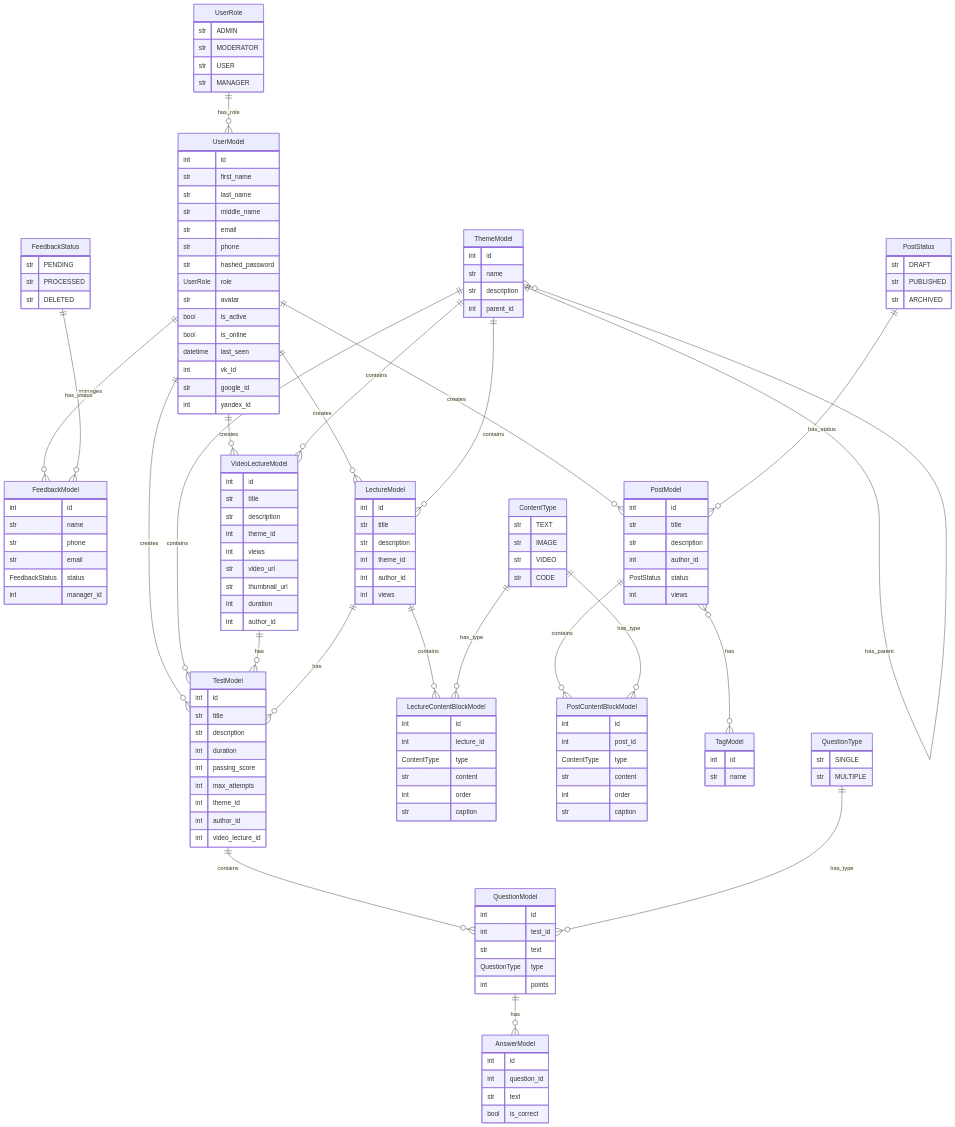
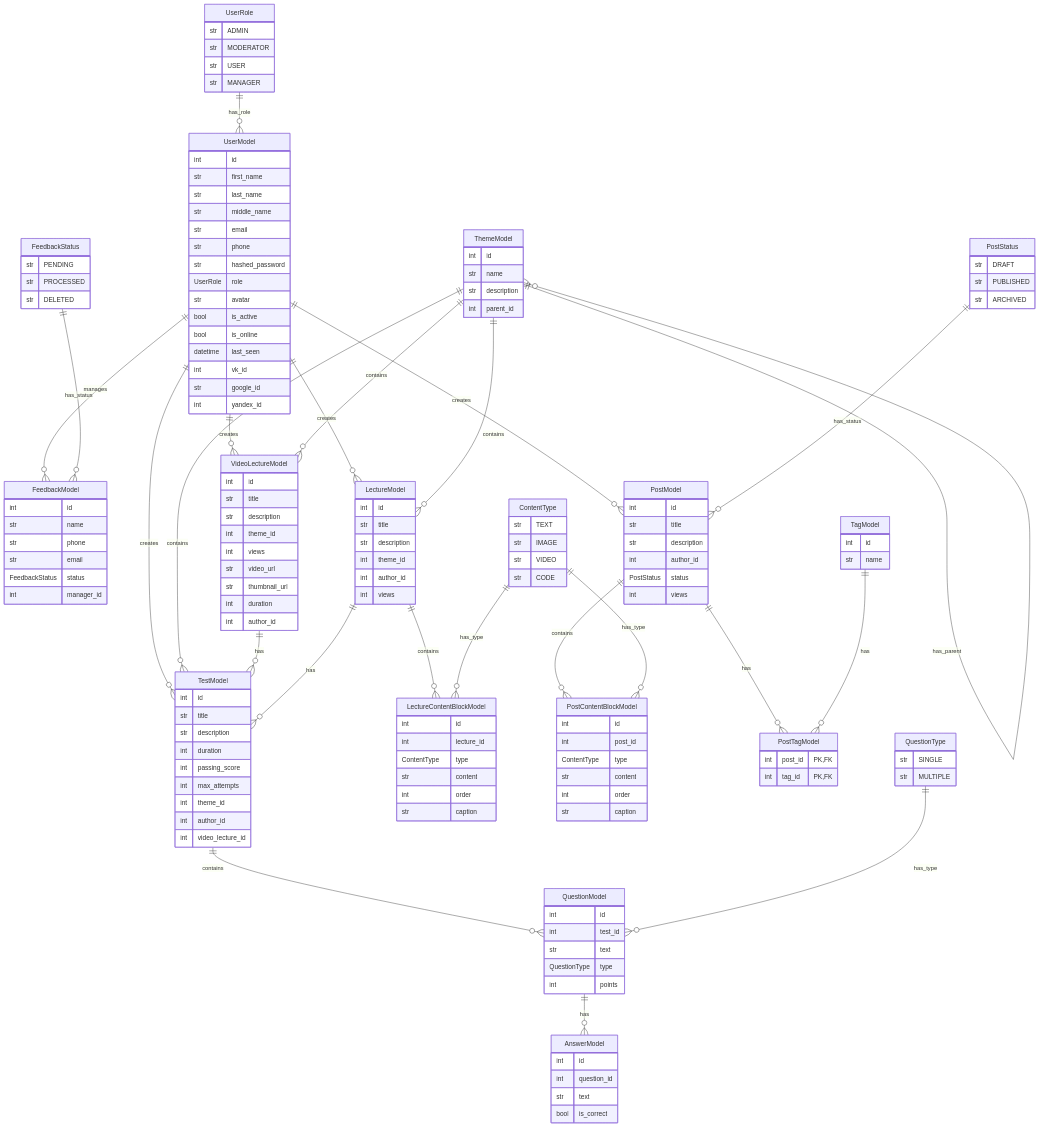
The diagram in docs/models.md (darkgooddack/educational-platform), drawn with Mermaid before and after one commit. The commit also changed 9 other files, not shown here.

```diff
--- a/docs/models.md
+++ b/docs/models.md
@@ -20,7 +20,8 @@
     LectureModel ||--o{ TestModel : has
 
     PostModel ||--o{ PostContentBlockModel : contains
-    PostModel }o--o{ TagModel : has
+    PostModel ||--o{ PostTagModel : has
+    TagModel ||--o{ PostTagModel : has
 
     UserModel {
         int id
@@ -79,6 +80,11 @@
     TagModel {
         int id
         str name
+    }
+
+    PostTagModel {
+        int post_id PK,FK
+        int tag_id PK,FK
     }
 
     FeedbackModel {
```
